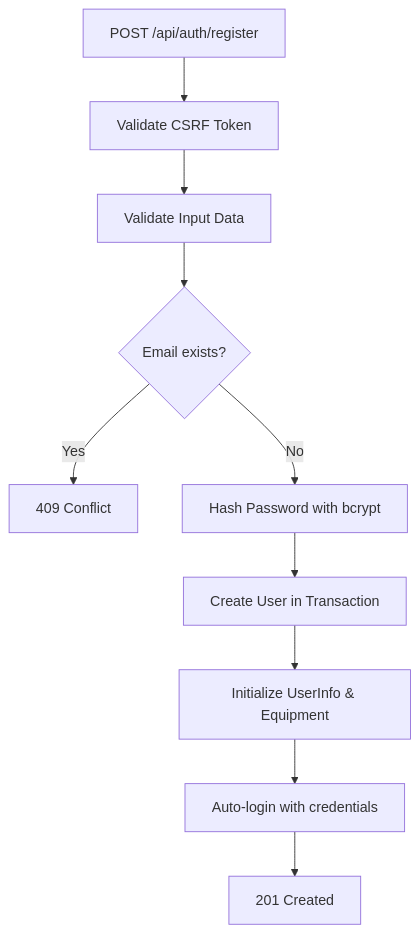
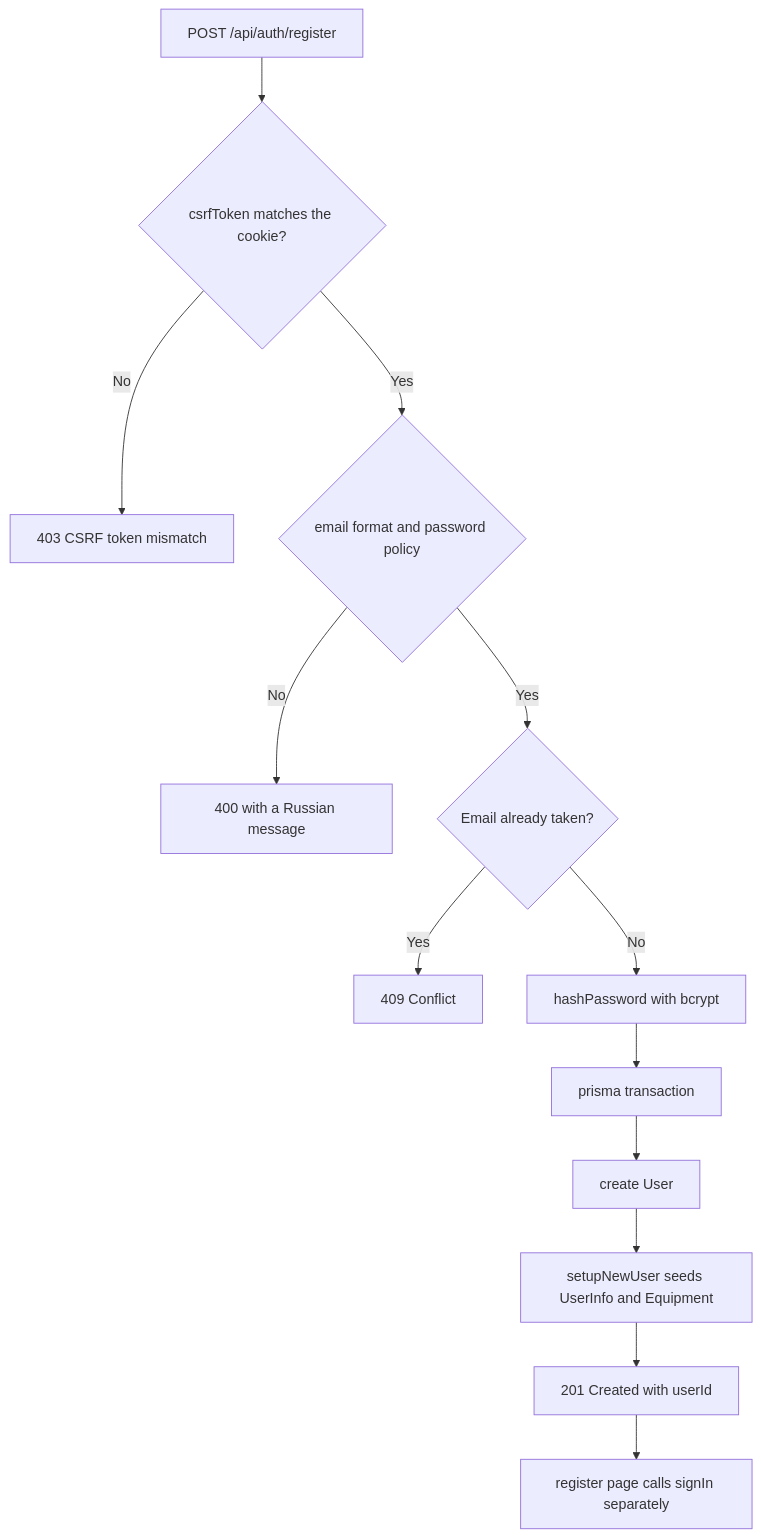
The fourth of 8 diagrams in .qoder/repowiki/en/content/Authentication and Authorization.md (Dezzpil/meingym), drawn with Mermaid before and after one commit. The commit also changed other lines of this file and 12 other files, not shown here.

````diff
--- a/.qoder/repowiki/en/content/Authentication and Authorization.md
+++ b/.qoder/repowiki/en/content/Authentication and Authorization.md
@@ -196,12 +252,15 @@
 ```mermaid
 flowchart TD
-Request["POST /api/auth/register"] --> CSRF["Validate CSRF Token"]
-CSRF --> Validate["Validate Input Data"]
-Validate --> CheckExists{"Email exists?"}
-CheckExists -- Yes --> Error["409 Conflict"]
-CheckExists -- No --> Hash["Hash Password with bcrypt"]
-Hash --> CreateUser["Create User in Transaction"]
-CreateUser --> InitSetup["Initialize UserInfo & Equipment"]
-InitSetup --> AutoLogin["Auto-login with credentials"]
-AutoLogin --> Success["201 Created"]
+Request["POST /api/auth/register"] --> CSRF{"csrfToken matches the cookie?"}
+CSRF -- No --> Forbidden["403 CSRF token mismatch"]
+CSRF -- Yes --> Validate{"email format and password policy"}
+Validate -- No --> BadRequest["400 with a Russian message"]
+Validate -- Yes --> CheckExists{"Email already taken?"}
+CheckExists -- Yes --> Conflict["409 Conflict"]
+CheckExists -- No --> Hash["hashPassword with bcrypt"]
+Hash --> Tx["prisma transaction"]
+Tx --> CreateUser["create User"]
+CreateUser --> InitSetup["setupNewUser seeds UserInfo and Equipment"]
+InitSetup --> Success["201 Created with userId"]
+Success --> PageSignIn["register page calls signIn separately"]
 ```
````
